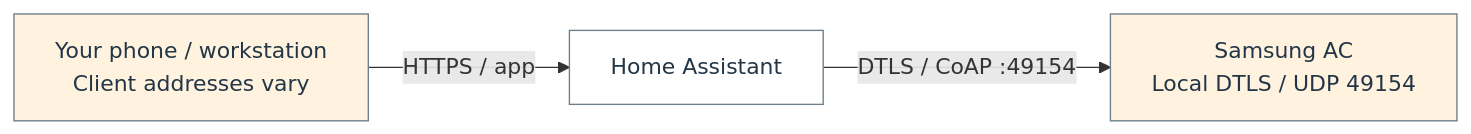
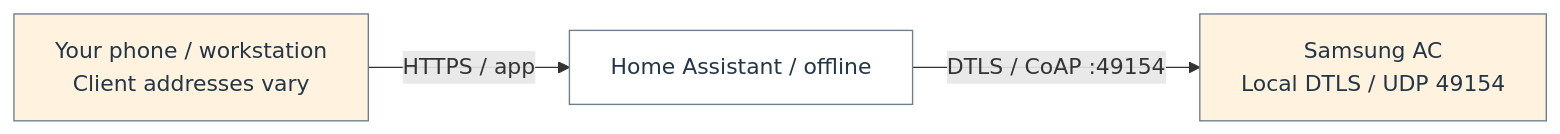
The fourth of 22 diagrams in docs/architecture/homelab-mermaid.md (Harsh-2002/Homelab), drawn with Mermaid before and after one commit. The commit also changed other lines of this file and 38 other files, not shown here.

````diff
--- a/docs/architecture/homelab-mermaid.md
+++ b/docs/architecture/homelab-mermaid.md
@@ -330,12 +330,12 @@
 ```mermaid
 flowchart LR
   n_flow_2_0["Your phone / workstation<br/>Client addresses vary"]
-  n_flow_2_1["Home Assistant"]
+  n_flow_2_1["Home Assistant / offline"]
   n_flow_2_2["Samsung AC<br/>Local DTLS / UDP 49154"]
   n_flow_2_0 -->|"HTTPS / app"| n_flow_2_1
   n_flow_2_1 -->|"DTLS / CoAP :49154"| n_flow_2_2
   classDef c_flow_2_0 fill:#fff3df,stroke:#6c7f8c,color:#233647;
   class n_flow_2_0,n_flow_2_2 c_flow_2_0;
   classDef c_flow_2_1 fill:#ffffff,stroke:#6c7f8c,color:#233647;
   class n_flow_2_1 c_flow_2_1;
 ```
````
